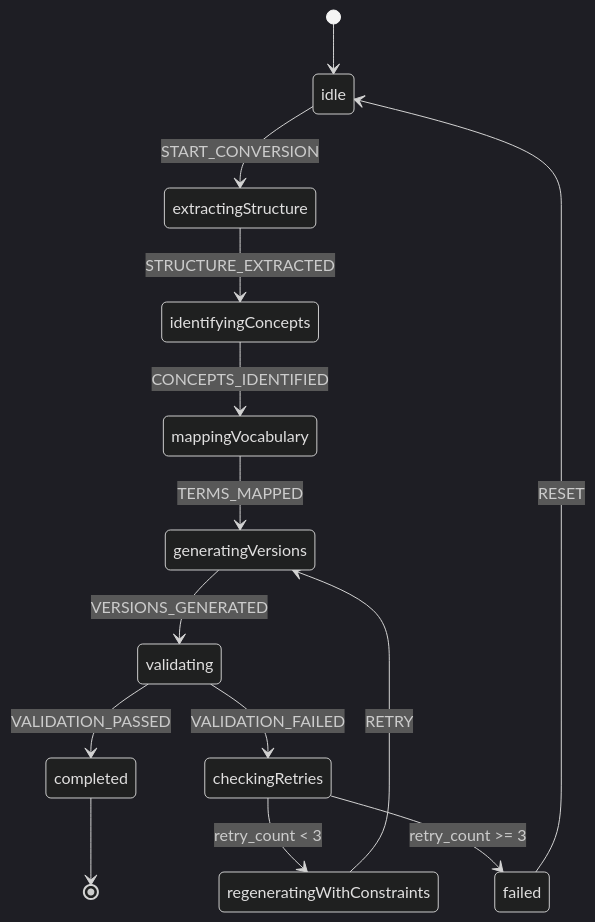
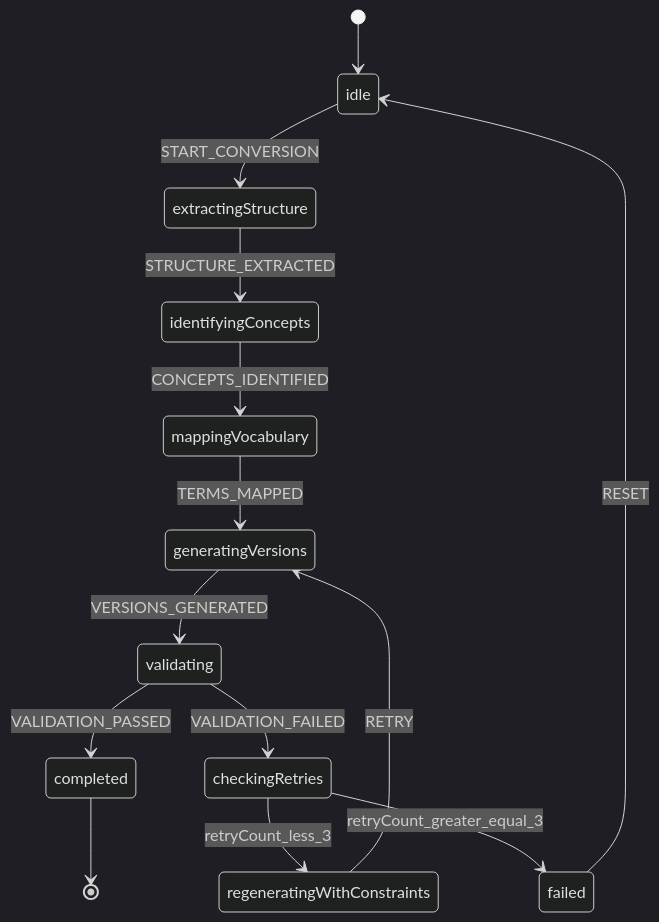
Before and after one commit to vanmarkic/PAA: the second of 4 diagrams in ARCHITECTURE.md, drawn with Mermaid (dark theme). The commit also changed 4 other files, not shown here.

First line of the commit message:
fix: Resolve Mermaid syntax errors for version 10.9.5 compatibility

````diff
--- a/ARCHITECTURE.md
+++ b/ARCHITECTURE.md
@@ -43,16 +43,17 @@
 ```mermaid
 stateDiagram-v2
     [*] --> idle
     idle --> extractingStructure: START_CONVERSION
     extractingStructure --> identifyingConcepts: STRUCTURE_EXTRACTED
     identifyingConcepts --> mappingVocabulary: CONCEPTS_IDENTIFIED
     mappingVocabulary --> generatingVersions: TERMS_MAPPED
     generatingVersions --> validating: VERSIONS_GENERATED
     validating --> completed: VALIDATION_PASSED
     validating --> checkingRetries: VALIDATION_FAILED
-    checkingRetries --> regeneratingWithConstraints: retry_count < 3
-    checkingRetries --> failed: retry_count >= 3
+    state checkingRetries <<choice>>
+    checkingRetries --> regeneratingWithConstraints: retryCount_less_3
+    checkingRetries --> failed: retryCount_greater_equal_3
     regeneratingWithConstraints --> generatingVersions: RETRY
     completed --> [*]
     failed --> idle: RESET
 ```
````
